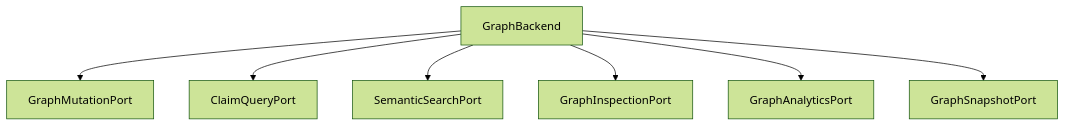
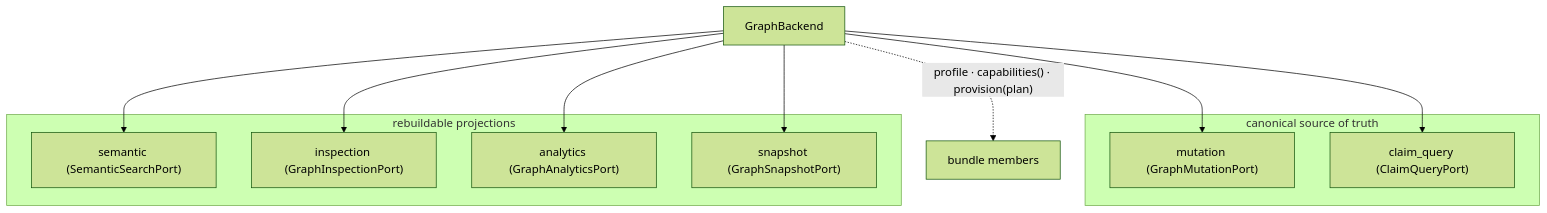
The third of 5 diagrams in docs/context-graph/architecture.md (potpie-ai/potpie), drawn with Mermaid (forest theme) before and after one commit. The commit also changed other lines of this file and 15 other files, not shown here.

First line of the commit message:
Refresh Context Graph docs (#962)

````diff
--- a/docs/context-graph/architecture.md
+++ b/docs/context-graph/architecture.md
@@ -499,17 +155,21 @@
 ```mermaid
 flowchart TB
-  cg_backend["GraphBackend"]
-  cg_mutation["GraphMutationPort"]
-  cg_query["ClaimQueryPort"]
-  cg_semantic["SemanticSearchPort"]
-  cg_inspection["GraphInspectionPort"]
-  cg_analytics["GraphAnalyticsPort"]
-  cg_snapshot["GraphSnapshotPort"]
-
-  cg_backend --> cg_mutation
-  cg_backend --> cg_query
-  cg_backend --> cg_semantic
-  cg_backend --> cg_inspection
-  cg_backend --> cg_analytics
-  cg_backend --> cg_snapshot
+  cg_be["GraphBackend"]
+  subgraph cg_canon["canonical source of truth"]
+    cg_mut["mutation (GraphMutationPort)"]
+    cg_cq["claim_query (ClaimQueryPort)"]
+  end
+  subgraph cg_proj["rebuildable projections"]
+    cg_sem["semantic (SemanticSearchPort)"]
+    cg_insp["inspection (GraphInspectionPort)"]
+    cg_an["analytics (GraphAnalyticsPort)"]
+    cg_snap["snapshot (GraphSnapshotPort)"]
+  end
+  cg_be --> cg_mut
+  cg_be --> cg_cq
+  cg_be --> cg_sem
+  cg_be --> cg_insp
+  cg_be --> cg_an
+  cg_be --> cg_snap
+  cg_be -. "profile · capabilities() · provision(plan)" .-> cg_meta["bundle members"]
 ```
````
